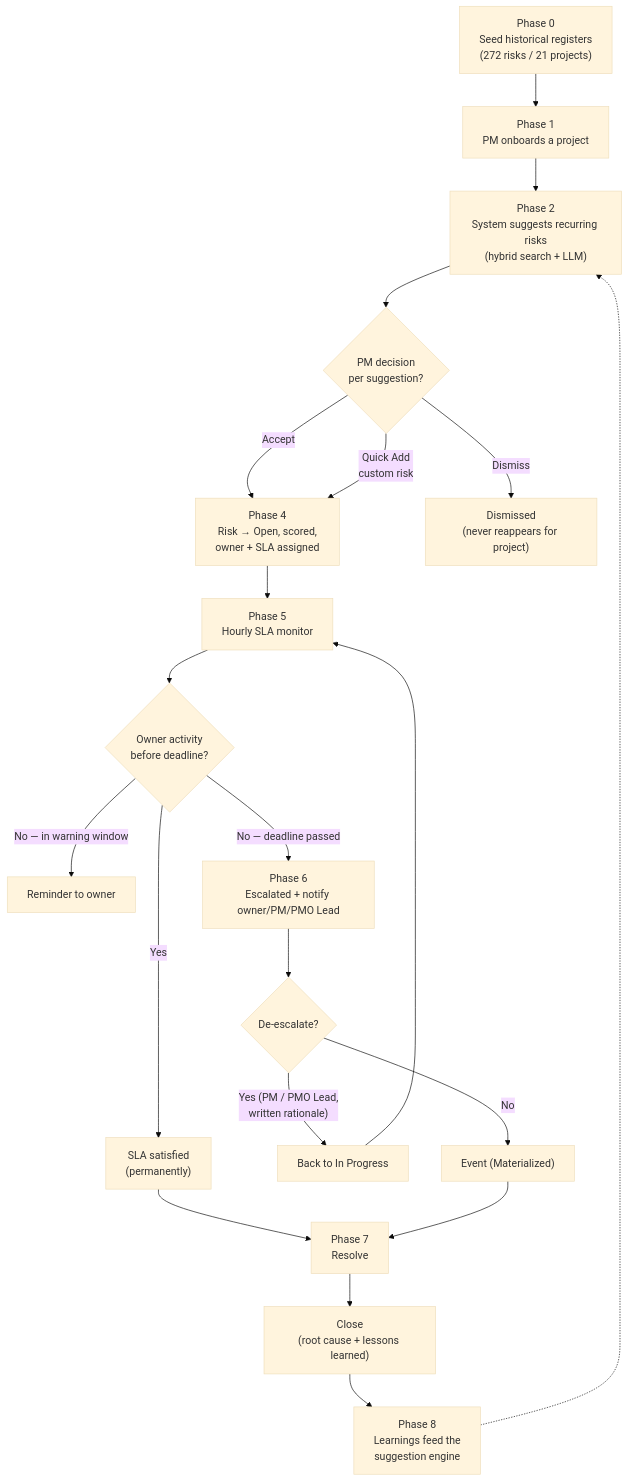
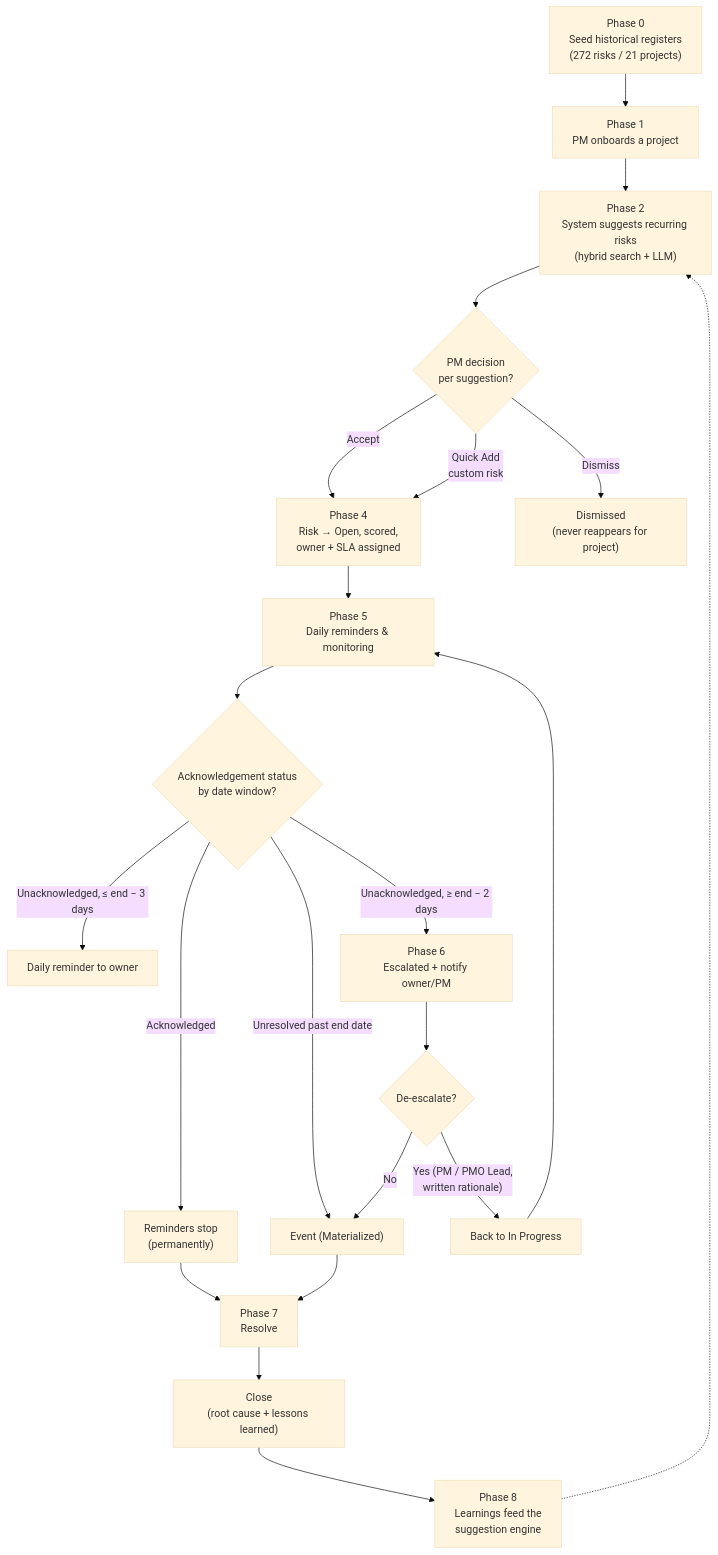
One commit to BelloOlawale/Pmo-risk-reccurrence changed the first of 11 diagrams in PROCESS_FLOW.md. Above: the diagram before and after it, drawn with Mermaid (base theme). The commit also changed other lines of this file and 21 other files, not shown here.

First line of the commit message:
feat(risk): daily reminders, day-based escalation, Event-only issues

````diff
--- a/PROCESS_FLOW.md
+++ b/PROCESS_FLOW.md
@@ -56,23 +56,24 @@
 ```mermaid
 flowchart TD
     A["Phase 0<br/>Seed historical registers<br/>(272 risks / 21 projects)"] --> B["Phase 1<br/>PM onboards a project"]
     B --> C["Phase 2<br/>System suggests recurring risks<br/>(hybrid search + LLM)"]
     C --> D{"PM decision<br/>per suggestion?"}
     D -->|"Accept"| E["Phase 4<br/>Risk → Open, scored,<br/>owner + SLA assigned"]
     D -->|"Dismiss"| F["Dismissed<br/>(never reappears for project)"]
     D -->|"Quick Add<br/>custom risk"| E
-    E --> G["Phase 5<br/>Hourly SLA monitor"]
-    G --> H{"Owner activity<br/>before deadline?"}
-    H -->|"Yes"| I["SLA satisfied<br/>(permanently)"]
-    H -->|"No — in warning window"| J["Reminder to owner"]
-    H -->|"No — deadline passed"| K["Phase 6<br/>Escalated + notify owner/PM/PMO Lead"]
+    E --> G["Phase 5<br/>Daily reminders & monitoring"]
+    G --> H{"Acknowledgement status<br/>by date window?"}
+    H -->|"Acknowledged"| I["Reminders stop<br/>(permanently)"]
+    H -->|"Unacknowledged, ≤ end − 3 days"| J["Daily reminder to owner"]
+    H -->|"Unacknowledged, ≥ end − 2 days"| K["Phase 6<br/>Escalated + notify owner/PM"]
+    H -->|"Unresolved past end date"| N["Phase 6<br/>Event + Issue (PM notified)"]
     K --> L{"De-escalate?"}
     L -->|"Yes (PM / PMO Lead,<br/>written rationale)"| M["Back to In Progress"]
     M --> G
     L -->|"No"| N["Event (Materialized)"]
     I --> O["Phase 7<br/>Resolve"]
     N --> O
     O --> P["Close<br/>(root cause + lessons learned)"]
     P --> Q["Phase 8<br/>Learnings feed the<br/>suggestion engine"]
     Q -.-> C
 ```
````
